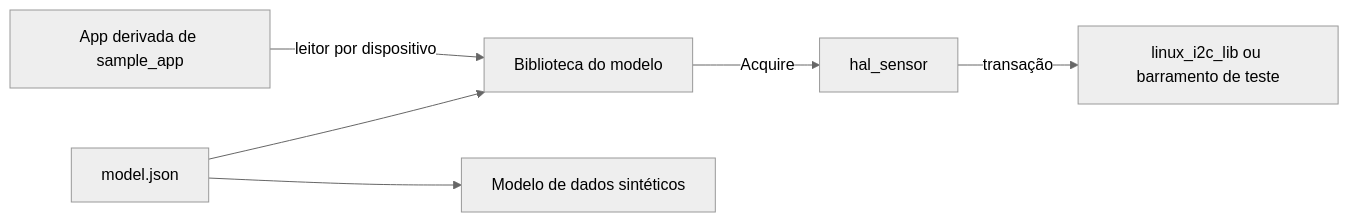
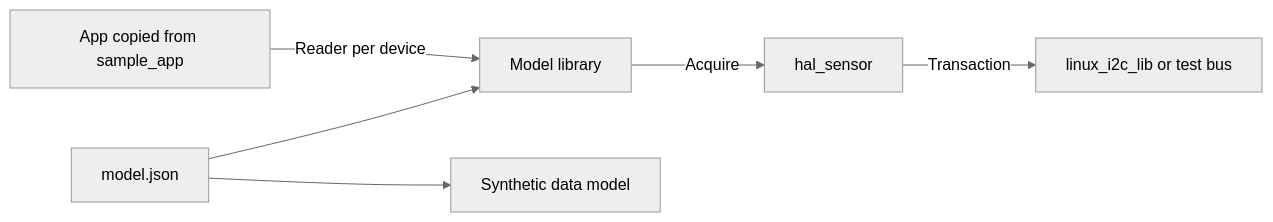
One commit to Raiagues/cfs_emulator changed the diagram in project/drivers/README.md. Above: the diagram before and after it, drawn with Mermaid (neutral theme). The commit also changed other lines of this file and 317 other files, not shown here.

````diff
--- a/project/drivers/README.md
+++ b/project/drivers/README.md
@@ -18,8 +18,8 @@
 ```mermaid
 flowchart LR
-    A["App derivada de sample_app"] -->|"leitor por dispositivo"| B["Biblioteca do modelo"]
-    M["model.json"] --> B
-    M --> S["Modelo de dados sintéticos"]
-    B -->|"Acquire"| H["hal_sensor"]
-    H -->|"transação"| I["linux_i2c_lib ou barramento de teste"]
+    A[App copied from sample_app] -->|Reader per device| B[Model library]
+    M[model.json] --> B
+    M --> S[Synthetic data model]
+    B -->|Acquire| H[hal_sensor]
+    H -->|Transaction| I[linux_i2c_lib or test bus]
 ```
````
